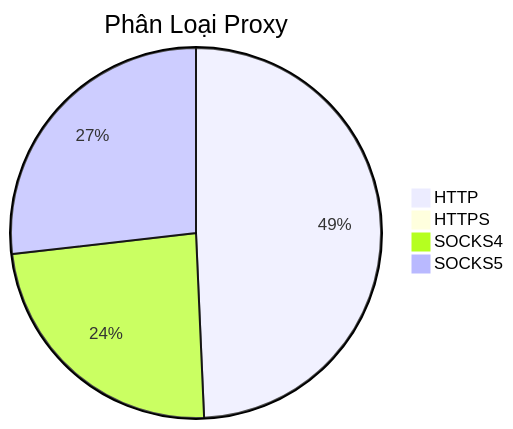
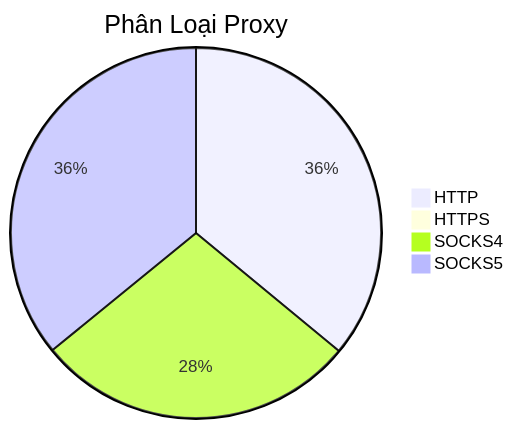
Before and after one commit to Ciara-12/PROXY-free: the diagram in README.md, drawn with Mermaid. The commit also changed other lines of this file and 4 other files, not shown here.

````diff
--- a/README.md
+++ b/README.md
@@ -26,7 +26,7 @@
 ```mermaid
 pie title Phân Loại Proxy
-    "HTTP" : 671
-    "HTTPS" : 0
-    "SOCKS4" : 325
-    "SOCKS5" : 365
+    "HTTP" : 389
+    "HTTPS" : 1
+    "SOCKS4" : 304
+    "SOCKS5" : 388
 ```
````
